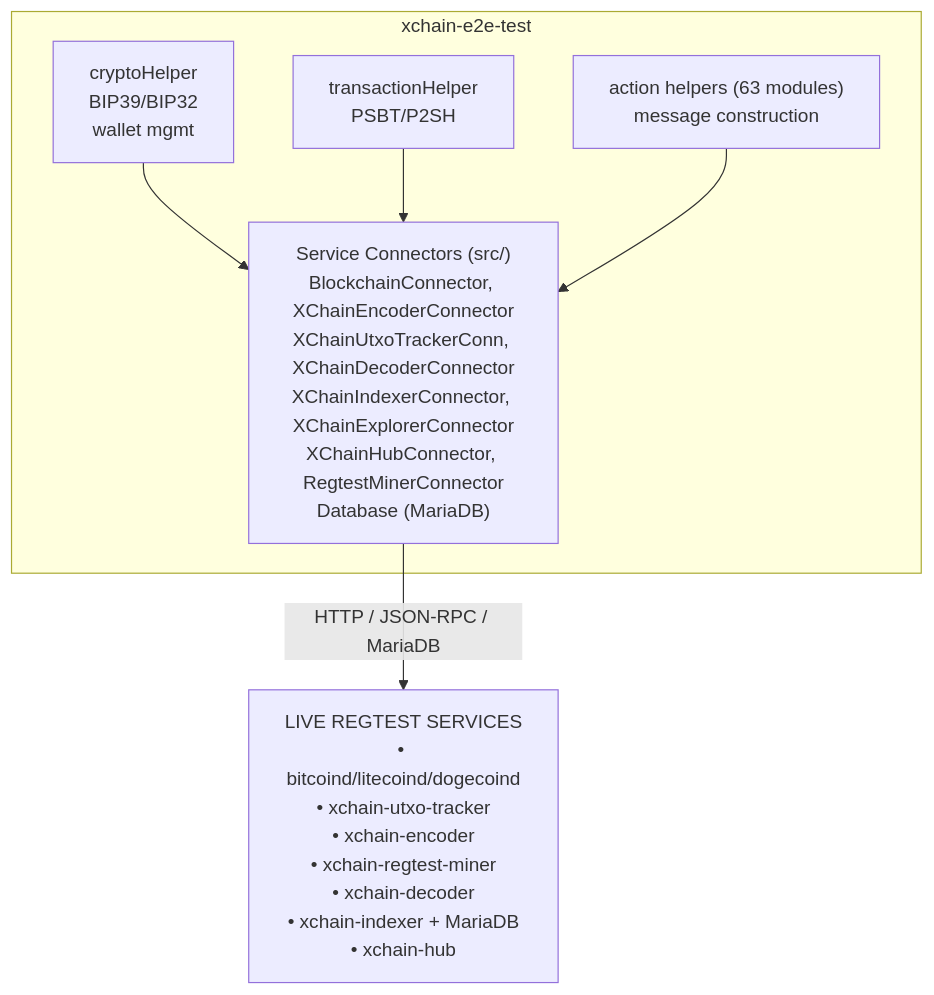
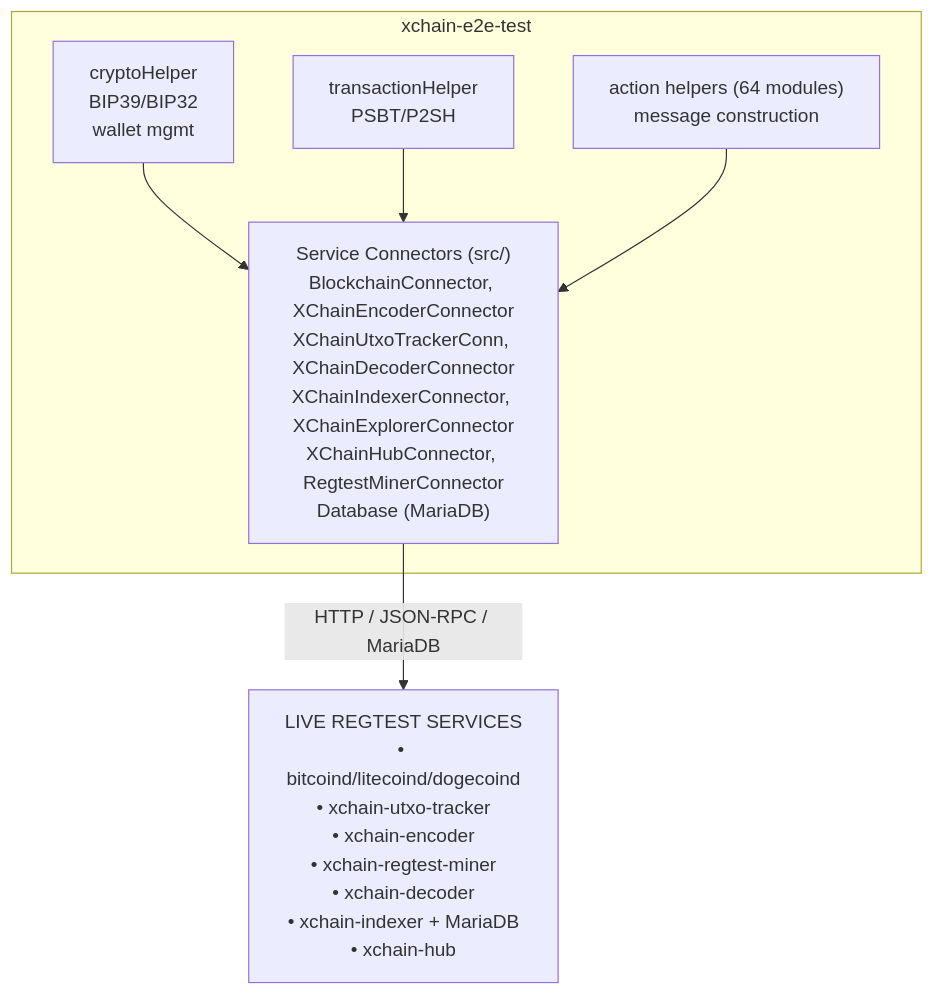
Before and after one commit to XChain-Platform/xchain-documentation: the second of 2 diagrams in components/e2e-test/README.md, drawn with Mermaid. The commit also changed 55 other files, not shown here.

````diff
--- a/components/e2e-test/README.md
+++ b/components/e2e-test/README.md
@@ -65,14 +65,14 @@
 ```mermaid
 flowchart TD
     subgraph E2E["xchain-e2e-test"]
         CH["cryptoHelper<br>BIP39/BIP32<br>wallet mgmt"]
         TH["transactionHelper<br>PSBT/P2SH"]
-        AH["action helpers (63 modules)<br>message construction"]
+        AH["action helpers (64 modules)<br>message construction"]
         SC["Service Connectors (src/)<br>BlockchainConnector, XChainEncoderConnector<br>XChainUtxoTrackerConn, XChainDecoderConnector<br>XChainIndexerConnector, XChainExplorerConnector<br>XChainHubConnector, RegtestMinerConnector<br>Database (MariaDB)"]
         CH --> SC
         TH --> SC
         AH --> SC
     end
     SVC["LIVE REGTEST SERVICES<br>• bitcoind/litecoind/dogecoind<br>• xchain-utxo-tracker<br>• xchain-encoder<br>• xchain-regtest-miner<br>• xchain-decoder<br>• xchain-indexer + MariaDB<br>• xchain-hub"]
     SC -->|HTTP / JSON-RPC / MariaDB| SVC
 ```
````
